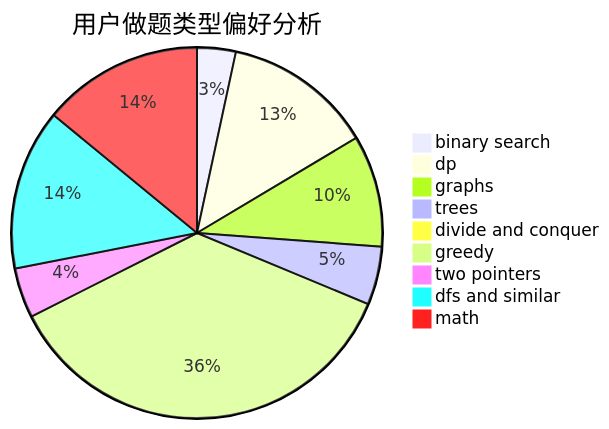
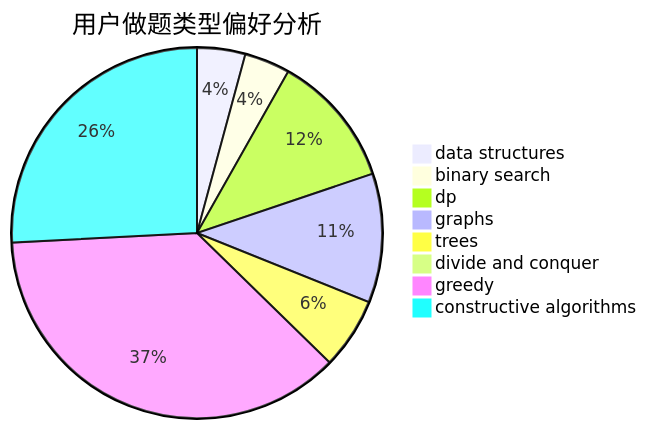
The second of 3 diagrams in docs/user/u1121.md (sherpahu/cfrs.github.io), drawn with Mermaid before and after one commit. The commit also changed other lines of this file and 2775 other files, not shown here.

````diff
--- a/docs/user/u1121.md
+++ b/docs/user/u1121.md
@@ -23,12 +23,11 @@
 ```mermaid
 pie title 用户做题类型偏好分析
-    "binary search" :  55
-    "dp" :  213
-    "graphs" :  159
+    "data structures" :  56
+    "binary search" :  53
+    "dp" :  155
+    "graphs" :  150
     "trees" :  83
-    "divide and conquer" :  4
-    "greedy" :  592
-    "two pointers" :  71
-    "dfs and similar" :  229
-    "math" :  229
+    "divide and conquer" :  0
+    "greedy" :  491
+    "constructive algorithms" :  344
 ```
````
